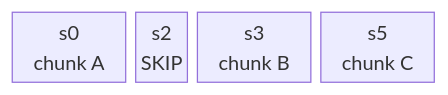
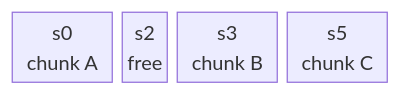
The first of 2 diagrams in docs/design/components.md (7774596/DaseR), drawn with Mermaid before and after one commit. The commit also changed other lines of this file and 38 other files, not shown here.

````diff
--- a/docs/design/components.md
+++ b/docs/design/components.md
@@ -91,8 +92,8 @@
 ```mermaid
 block-beta
     columns 7
     s0["s0\nchunk A"]:2
-    s2["s2\nSKIP"]:1
+    s2["s2\nfree"]:1
     s3["s3\nchunk B"]:2
     s5["s5\nchunk C"]:2
 ```
````
